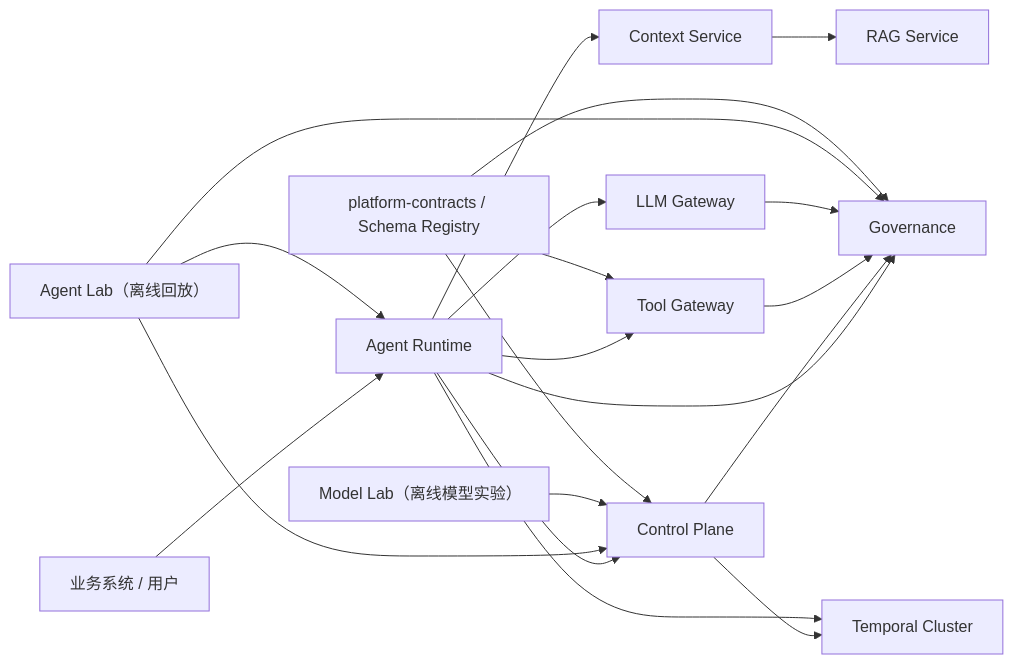
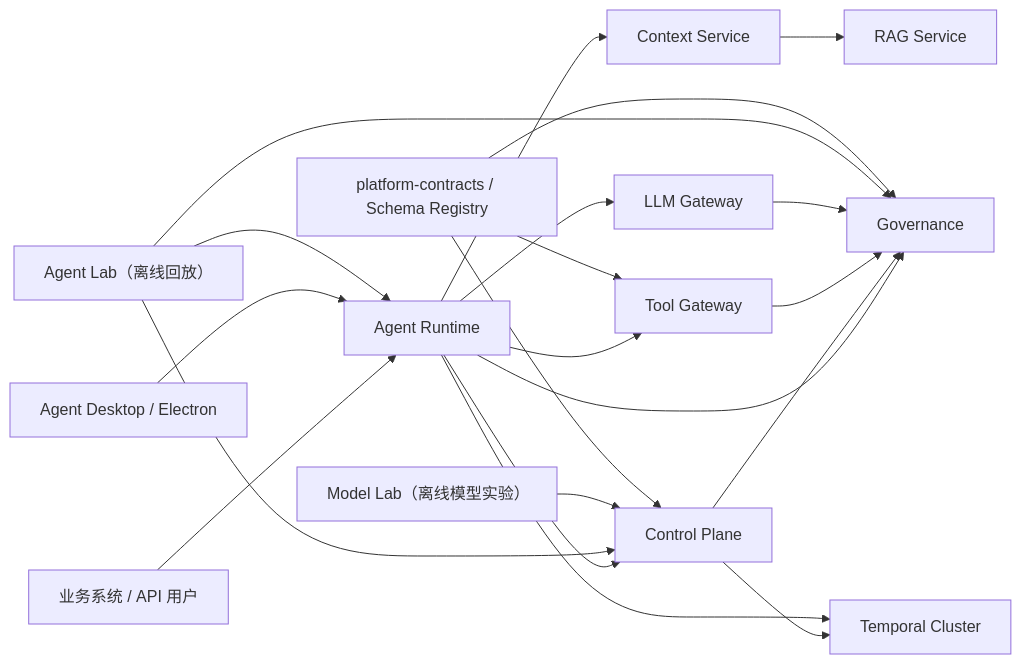
Before and after one commit to teacherMaostudent/agent: the second of 2 diagrams in README.md, drawn with Mermaid. The commit also changed other lines of this file and 66 other files, not shown here.

Commit message:
feat: add observable desktop runtime workflow

````diff
--- a/README.md
+++ b/README.md
@@ -121,22 +123,23 @@
 ```mermaid
 flowchart LR
-    Client["业务系统 / 用户"] --> Runtime["Agent Runtime"]
+    Client["业务系统 / API 用户"] --> Runtime["Agent Runtime"]
+    Desktop["Agent Desktop / Electron"] --> Runtime
     Runtime --> CP["Control Plane"]
     Runtime --> Context["Context Service"]
     Context --> RAG["RAG Service"]
     Runtime --> LLM["LLM Gateway"]
     Runtime --> Tool["Tool Gateway"]
     Runtime --> Gov["Governance"]
     CP --> Gov
     Tool --> Gov
     LLM --> Gov
     CP --> Temporal["Temporal Cluster"]
     Runtime --> Temporal
     AgentLab["Agent Lab（离线回放）"] --> CP
     AgentLab --> Runtime
     AgentLab --> Gov
     ModelLab["Model Lab（离线模型实验）"] --> CP
     Contracts["platform-contracts / Schema Registry"] --> CP
     Contracts --> Tool
     Contracts --> Gov
 ```
````
